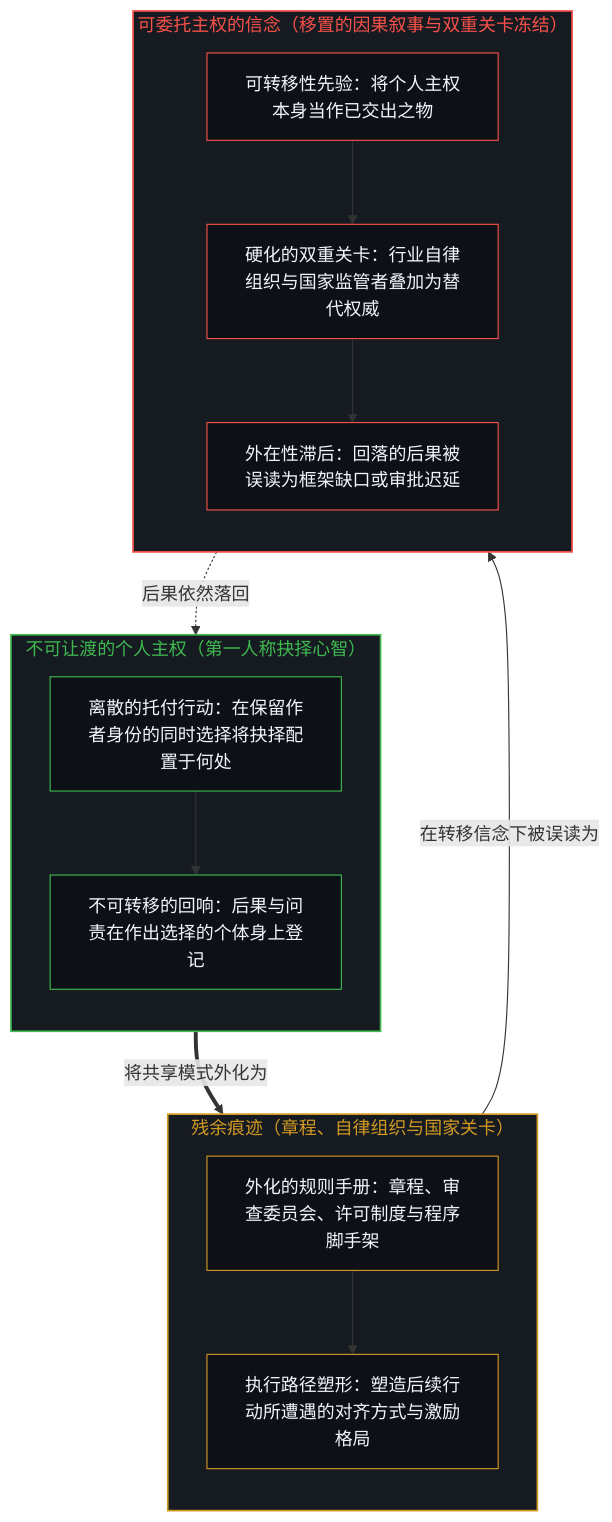
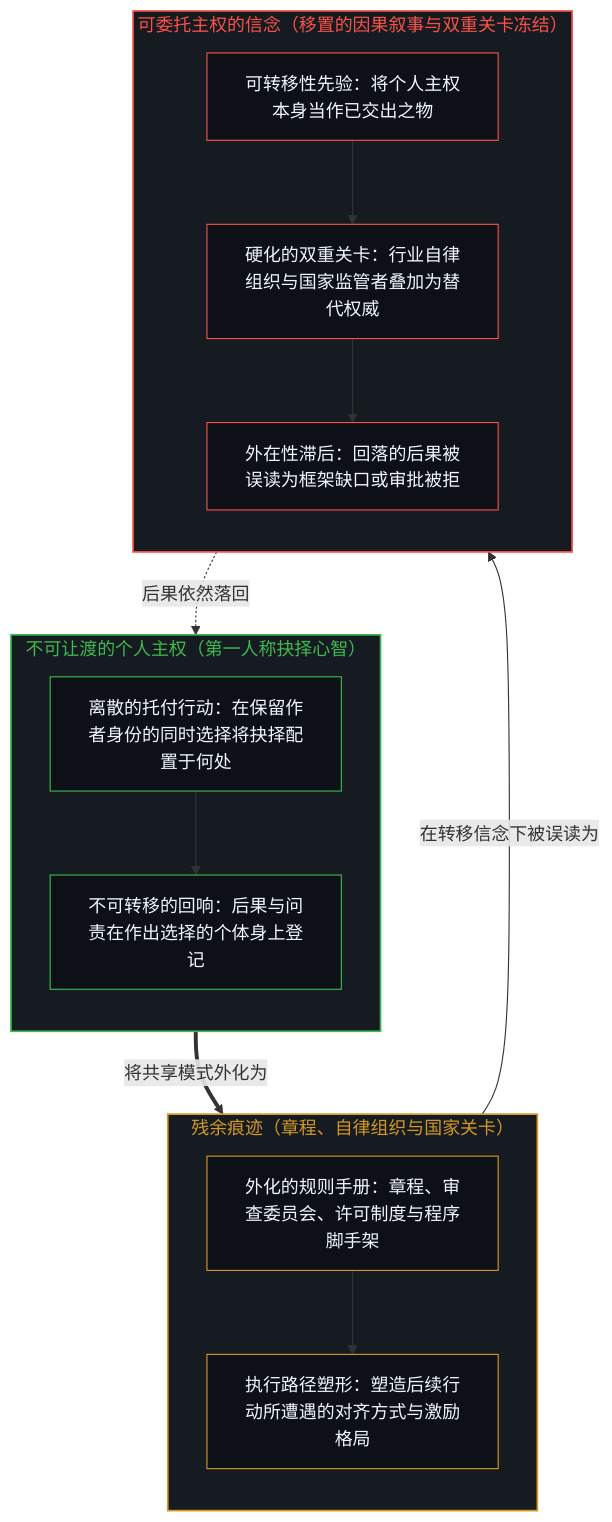
The first of 2 diagrams in content/posts/sovereignty-belief-and-regulatory-structures.md (powerpig99/not-a-toe), drawn with Mermaid before and after one commit. The commit also changed other lines of this file and 8 other files, not shown here.

````diff
--- a/content/posts/sovereignty-belief-and-regulatory-structures.md
+++ b/content/posts/sovereignty-belief-and-regulatory-structures.md
@@ -41,36 +41,36 @@
 ```mermaid
 flowchart TD
     subgraph S_Locus["不可让渡的个人主权（第一人称抉择心智）"]
         direction TB
         Choose["离散的托付行动：在保留作者身份的同时选择将抉择配置于何处"]
         Return["不可转移的回响：后果与问责在作出选择的个体身上登记"]
         Choose --> Return
     end
     subgraph S_Residue["残余痕迹（章程、自律组织与国家关卡）"]
         direction TB
         Traces["外化的规则手册：章程、审查委员会、许可制度与程序脚手架"]
         Pattern["执行路径塑形：塑造后续行动所遭遇的对齐方式与激励格局"]
         Traces --> Pattern
     end
     subgraph S_Freeze["可委托主权的信念（移置的因果叙事与双重关卡冻结）"]
         direction TB
         Belief["可转移性先验：将个人主权本身当作已交出之物"]
         DualGate["硬化的双重关卡：行业自律组织与国家监管者叠加为替代权威"]
-        Lag["外在性滞后：回落的后果被误读为框架缺口或审批迟延"]
+        Lag["外在性滞后：回落的后果被误读为框架缺口或审批被拒"]
         Belief --> DualGate
         DualGate --> Lag
     end
     Choose ==>|"将共享模式外化为"| Traces
     Pattern -->|"在转移信念下被误读为"| Belief
     Lag -.->|"后果依然落回"| Return
     style S_Locus fill:#161b22,stroke:#3fb950,stroke-width:1.5px,color:#3fb950
     style S_Residue fill:#161b22,stroke:#d29922,stroke-width:1.5px,color:#d29922
     style S_Freeze fill:#161b22,stroke:#f85149,stroke-width:1.5px,color:#f85149
     style Choose fill:#0d1117,stroke:#3fb950,stroke-width:1px,color:#f0f6fc
     style Return fill:#0d1117,stroke:#3fb950,stroke-width:1px,color:#f0f6fc
     style Traces fill:#0d1117,stroke:#d29922,stroke-width:1px,color:#f0f6fc
     style Pattern fill:#0d1117,stroke:#d29922,stroke-width:1px,color:#f0f6fc
     style Belief fill:#0d1117,stroke:#f85149,stroke-width:1px,color:#f0f6fc
     style DualGate fill:#0d1117,stroke:#f85149,stroke-width:1px,color:#f0f6fc
     style Lag fill:#0d1117,stroke:#f85149,stroke-width:1px,color:#f0f6fc
 ```
````
